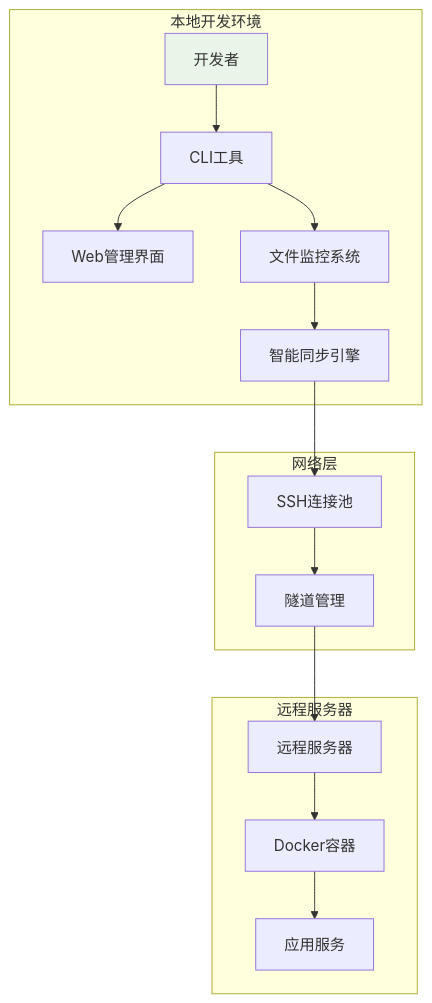
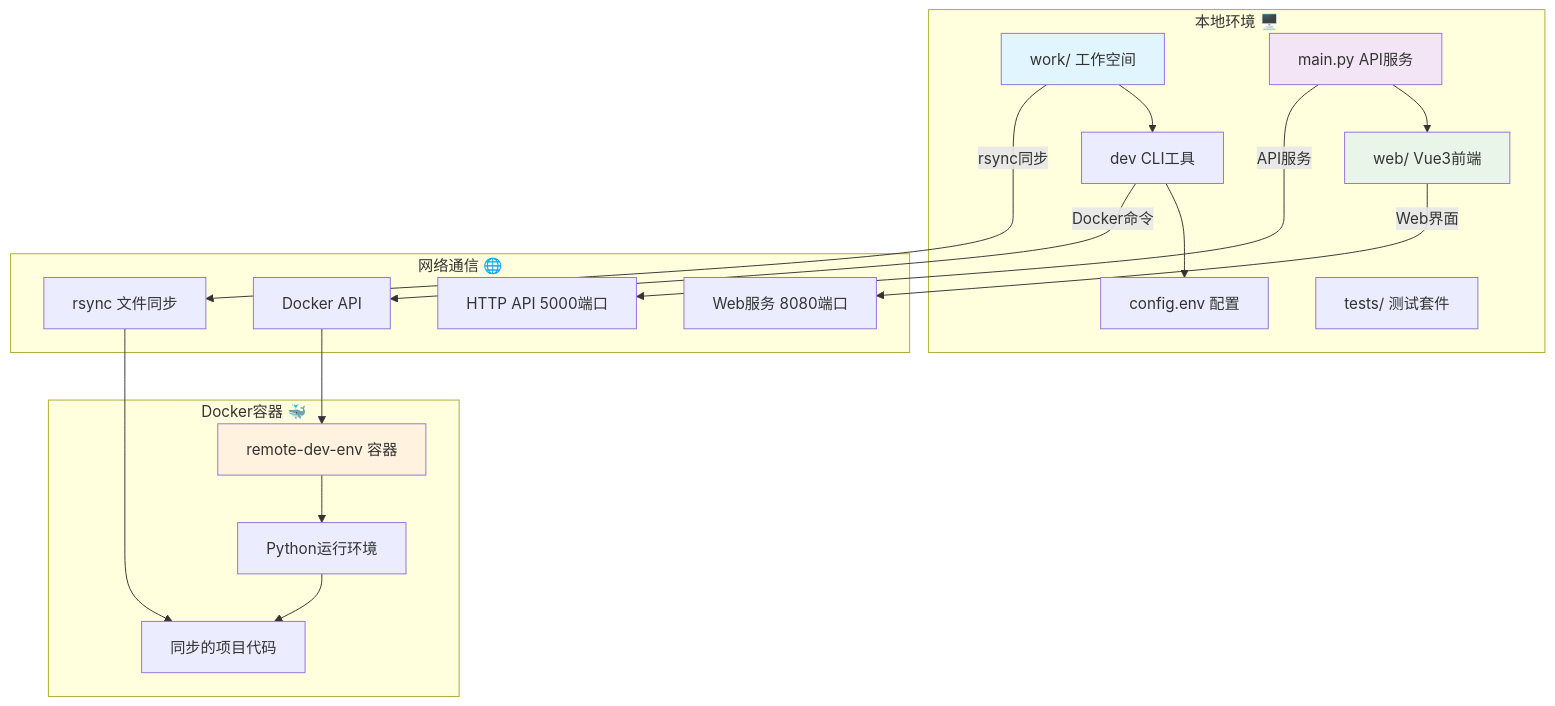
The first of 2 diagrams in README.md (Zhang-Jingdian/remote-dev), drawn with Mermaid before and after one commit. The commit also changed other lines of this file and 65 other files, not shown here.

First line of the commit message:
🏗️ 项目结构重大重构 v3.1.0 - 极致简化 + Mermaid架构图

````diff
--- a/README.md
+++ b/README.md
@@ -63,28 +46,36 @@
 ```mermaid
 graph TB
-    subgraph "本地开发环境"
-        A[开发者] --> B[CLI工具]
-        B --> C[Web管理界面]
-        B --> E[文件监控系统]
-        E --> F[智能同步引擎]
+    subgraph "本地环境 🖥️"
+        A[work/ 工作空间] --> B[dev CLI工具]
+        B --> C[config.env 配置]
+        D[main.py API服务] --> E[web/ Vue3前端]
+        F[tests/ 测试套件]
     end
     
-    subgraph "网络层"
-        G[SSH连接池]
-        H[隧道管理]
+    subgraph "Docker容器 🐳"
+        G[remote-dev-env 容器]
+        H[Python运行环境]
+        I[同步的项目代码]
     end
     
-    subgraph "远程服务器"
-        J[远程服务器]
-        M[Docker容器]
-        N[应用服务]
+    subgraph "网络通信 🌐"
+        J[rsync 文件同步]
+        K[Docker API]
+        L[HTTP API 5000端口]
+        M[Web服务 8080端口]
     end
     
-    F --> G
+    A -->|rsync同步| J
+    J --> I
+    B -->|Docker命令| K
+    K --> G
     G --> H
-    H --> J
-    J --> M
-    M --> N
+    H --> I
+    D -->|API服务| L
+    E -->|Web界面| M
     
-    style A fill:#e8f5e8
+    style A fill:#e1f5fe
+    style D fill:#f3e5f5
+    style E fill:#e8f5e8
+    style G fill:#fff3e0
 ```
````
